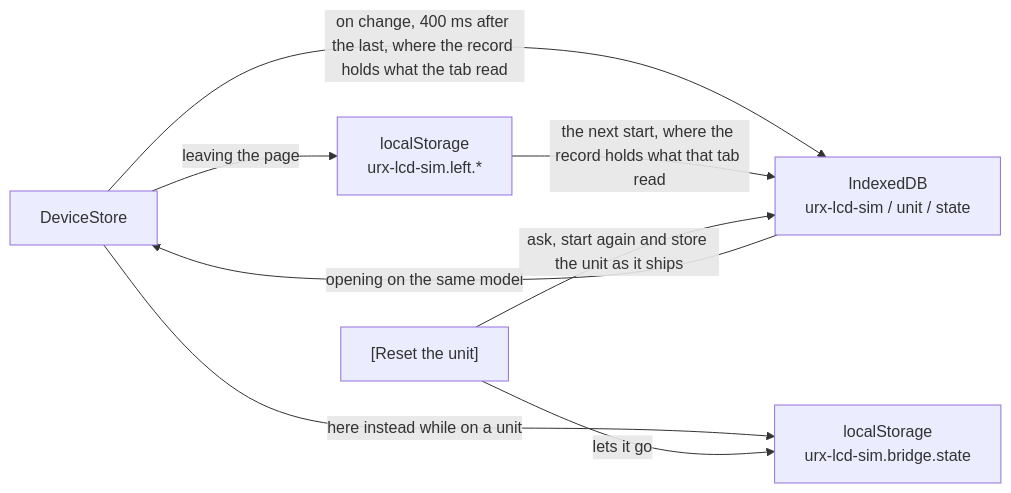
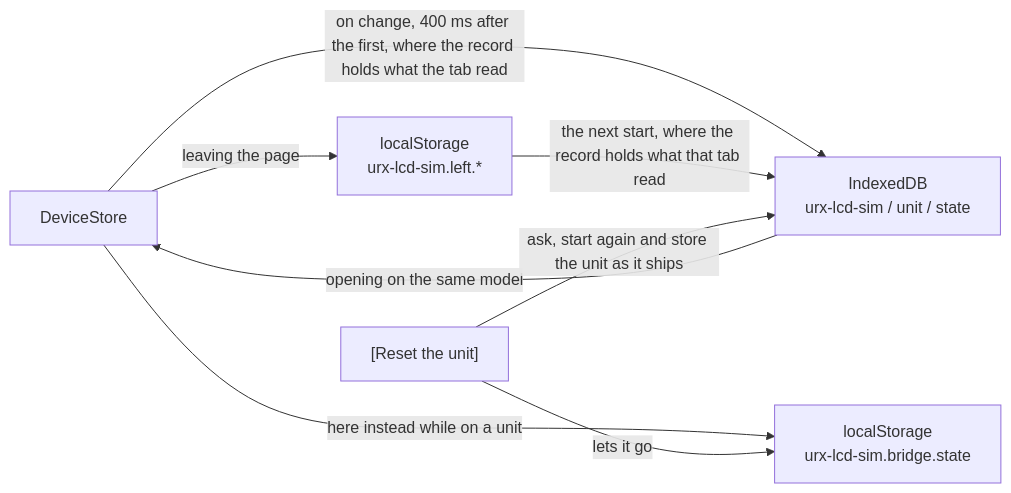
Before and after one commit to semnil/urx-lcd-sim: the second of 2 diagrams in docs/en/architecture.md, drawn with Mermaid. The commit also changed other lines of this file and 1 other file, not shown here.

First line of the commit message:
Say that the unit is stored 400 ms after the first change of a burst

````diff
--- a/docs/en/architecture.md
+++ b/docs/en/architecture.md
@@ -174,10 +175,10 @@
 ```mermaid
 flowchart LR
-  ST["DeviceStore"] -->|"on change, 400 ms after the last, where the record holds what the tab read"| DB["IndexedDB<br/>urx-lcd-sim / unit / state"]
+  ST["DeviceStore"] -->|"on change, 400 ms after the first, where the record holds what the tab read"| DB["IndexedDB<br/>urx-lcd-sim / unit / state"]
   DB -->|"opening on the same model"| ST
   ST -->|"leaving the page"| LEFT["localStorage<br/>urx-lcd-sim.left.*"]
   LEFT -->|"the next start, where the record holds what that tab read"| DB
   RS["[Reset the unit]"] -->|"ask, start again and store the unit as it ships"| DB
   ST -->|"here instead while on a unit"| LB["localStorage<br/>urx-lcd-sim.bridge.state"]
   RS -->|"lets it go"| LB
 ```
````
